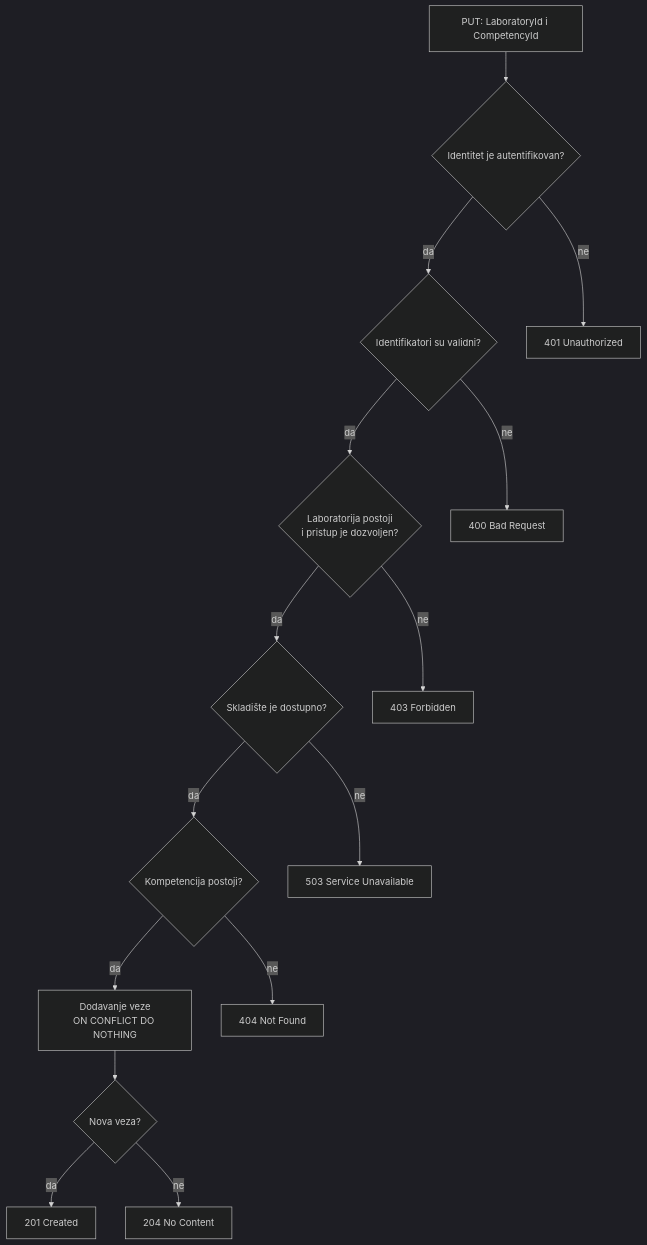
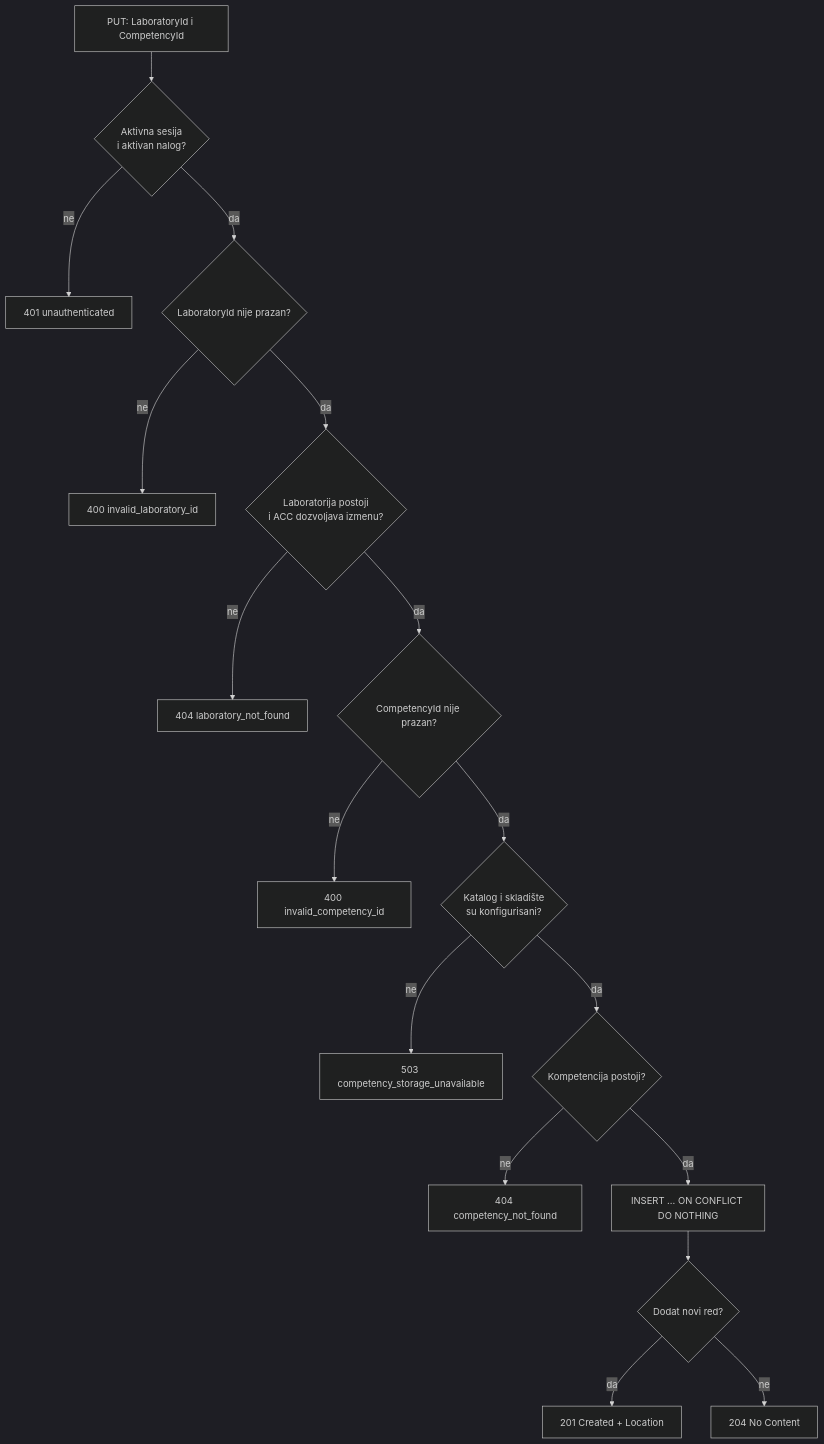
The first of 2 diagrams in docs/components/PRG-04-mapping.md (djufa762x39/security-lab), drawn with Mermaid (dark theme) before and after one commit. The commit also changed other lines of this file and 44 other files, not shown here.

````diff
--- a/docs/components/PRG-04-mapping.md
+++ b/docs/components/PRG-04-mapping.md
@@ -35,26 +60,19 @@
 ```mermaid
 flowchart TB
-  START["PUT: LaboratoryId i CompetencyId"]
-  AUTH{"Identitet je autentifikovan?"}
-  ACCESS{"Laboratorija postoji<br/>i pristup je dozvoljen?"}
-  VALID{"Identifikatori su validni?"}
-  STORE{"Skladište je dostupno?"}
-  EXISTS{"Kompetencija postoji?"}
-  INSERT["Dodavanje veze<br/>ON CONFLICT DO NOTHING"]
-  CREATED{"Nova veza?"}
-
-  START --> AUTH
-  AUTH -->|"ne"| E401["401 Unauthorized"]
-  AUTH -->|"da"| VALID
-  VALID -->|"ne"| E400["400 Bad Request"]
-  VALID -->|"da"| ACCESS
-  ACCESS -->|"ne"| E403["403 Forbidden"]
-  ACCESS -->|"da"| STORE
-  STORE -->|"ne"| E503["503 Service Unavailable"]
-  STORE -->|"da"| EXISTS
-  EXISTS -->|"ne"| E404["404 Not Found"]
-  EXISTS -->|"da"| INSERT
-  INSERT --> CREATED
-  CREATED -->|"da"| R201["201 Created"]
+  START["PUT: LaboratoryId i CompetencyId"] --> AUTH{"Aktivna sesija<br/>i aktivan nalog?"}
+  AUTH -->|"ne"| E401["401 unauthenticated"]
+  AUTH -->|"da"| VALID{"LaboratoryId nije prazan?"}
+  VALID -->|"ne"| E400L["400 invalid_laboratory_id"]
+  VALID -->|"da"| ACCESS{"Laboratorija postoji<br/>i ACC dozvoljava izmenu?"}
+  ACCESS -->|"ne"| E404L["404 laboratory_not_found"]
+  ACCESS -->|"da"| CID{"CompetencyId nije prazan?"}
+  CID -->|"ne"| E400C["400 invalid_competency_id"]
+  CID -->|"da"| STORE{"Katalog i skladište<br/>su konfigurisani?"}
+  STORE -->|"ne"| E503["503 competency_storage_unavailable"]
+  STORE -->|"da"| EXISTS{"Kompetencija postoji?"}
+  EXISTS -->|"ne"| E404C["404 competency_not_found"]
+  EXISTS -->|"da"| INSERT["INSERT ... ON CONFLICT DO NOTHING"]
+  INSERT --> CREATED{"Dodat novi red?"}
+  CREATED -->|"da"| R201["201 Created + Location"]
   CREATED -->|"ne"| R204["204 No Content"]
 ```
````
